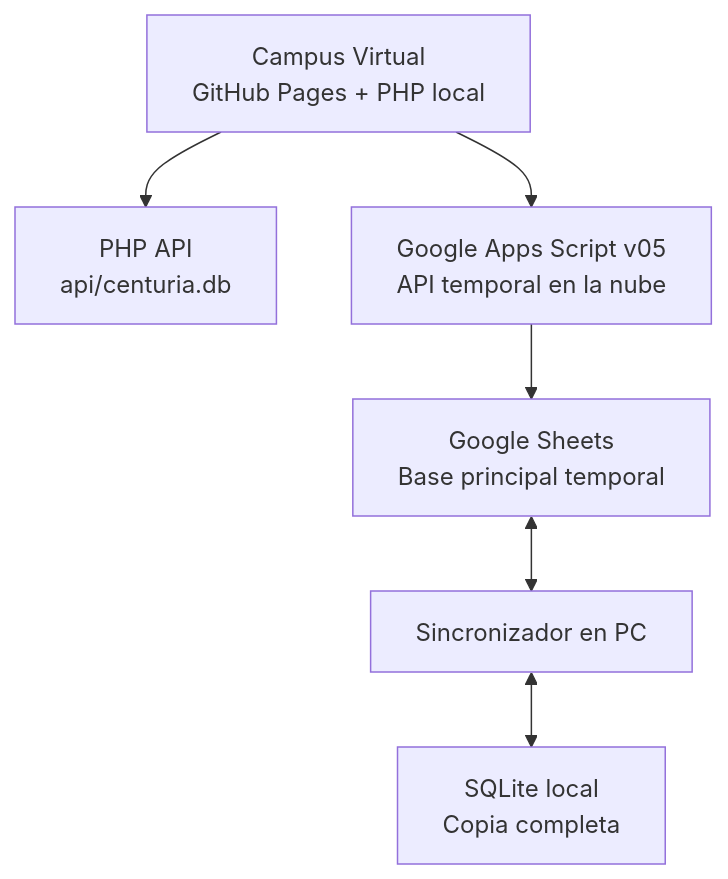
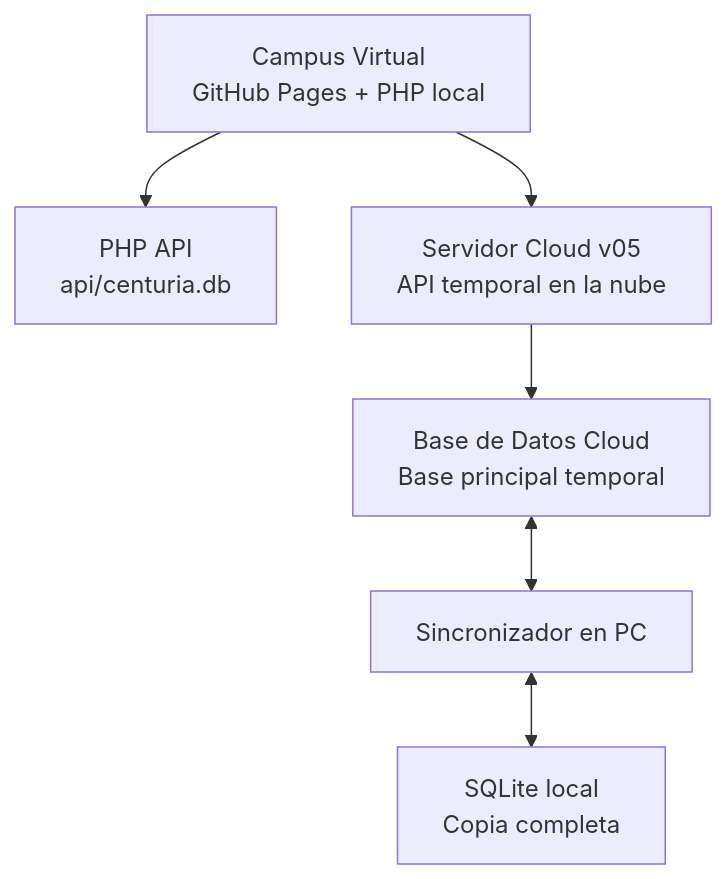
Before and after one commit to wmlumen/CampusVirtual: the diagram in app/docs/PROMPT_MAESTRO.md, drawn with Mermaid. The commit also changed other lines of this file and 98 other files, not shown here.

First line of the commit message:
🚀 MIGRACIÓN COMPLETA: PHP → Google Apps Script (Serverless)

````diff
--- a/app/docs/PROMPT_MAESTRO.md
+++ b/app/docs/PROMPT_MAESTRO.md
@@ -10,8 +10,8 @@
 ```mermaid
 flowchart TD
     A["Campus Virtual<br>GitHub Pages + PHP local"] --> B["PHP API<br>api/centuria.db"]
-    A --> C["Google Apps Script v05<br>API temporal en la nube"]
-    C --> D["Google Sheets<br>Base principal temporal"]
+    A --> C["Servidor Cloud v05<br>API temporal en la nube"]
+    C --> D["Base de Datos Cloud<br>Base principal temporal"]
     D <--> E["Sincronizador en PC"]
     E <--> F["SQLite local<br>Copia completa"]
 ```
````
